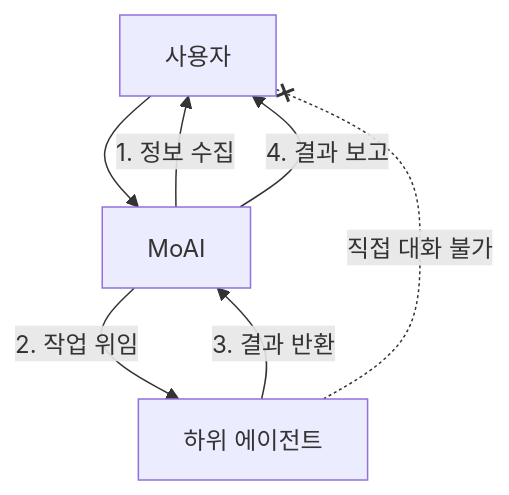
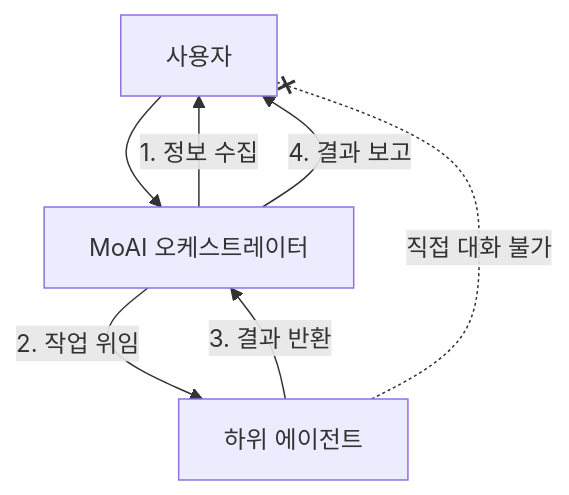
The second of 4 diagrams in docs-site/content/ko/advanced/claude-md-guide.md (modu-ai/moai-adk), drawn with Mermaid before and after one commit. The commit also changed other lines of this file and 14 other files, not shown here.

````diff
--- a/docs-site/content/ko/advanced/claude-md-guide.md
+++ b/docs-site/content/ko/advanced/claude-md-guide.md
@@ -148,11 +95,10 @@
 ```mermaid
 flowchart TD
-    USER["사용자"] --> MOAI["MoAI"]
+    USER["사용자"] --> MOAI["MoAI 오케스트레이터"]
     MOAI -->|"1. 정보 수집"| USER
     MOAI -->|"2. 작업 위임"| AGENT["하위 에이전트"]
     AGENT -->|"3. 결과 반환"| MOAI
     MOAI -->|"4. 결과 보고"| USER
 
     AGENT -.-x|"직접 대화 불가"| USER
-
 ```
````
